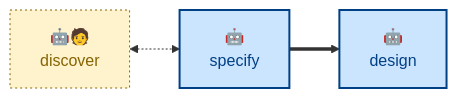
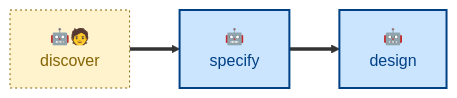
Before and after one commit to kieranpotts/skills: the diagram in skills/discover/README.md, drawn with Mermaid. The commit also changed other lines of this file and 21 other files, not shown here.

````diff
--- a/skills/discover/README.md
+++ b/skills/discover/README.md
@@ -42,16 +39,16 @@
 ```mermaid
 flowchart LR
   %% Node labels and classes.
   discover["🤖🧑<br/>discover"]:::anthropic
   specify["🤖<br/>specify"]:::agentic
   design["🤖<br/>design"]:::agentic
 
   %% Main workflow sequence.
-  discover <-.-> specify
+  discover ==> specify
   specify ==> design
 
   %% Class definitions.
   classDef agentic fill:#cce5ff,stroke:#004085,color:#004085,stroke-width:2px
   classDef scripted fill:#e2e3e5,stroke:#4b5157,color:#383d41,stroke-width:2px
   classDef anthropic fill:#fff3cd,stroke:#856404,color:#856404,stroke-width:1px,stroke-dasharray:2 3
 ```
````
